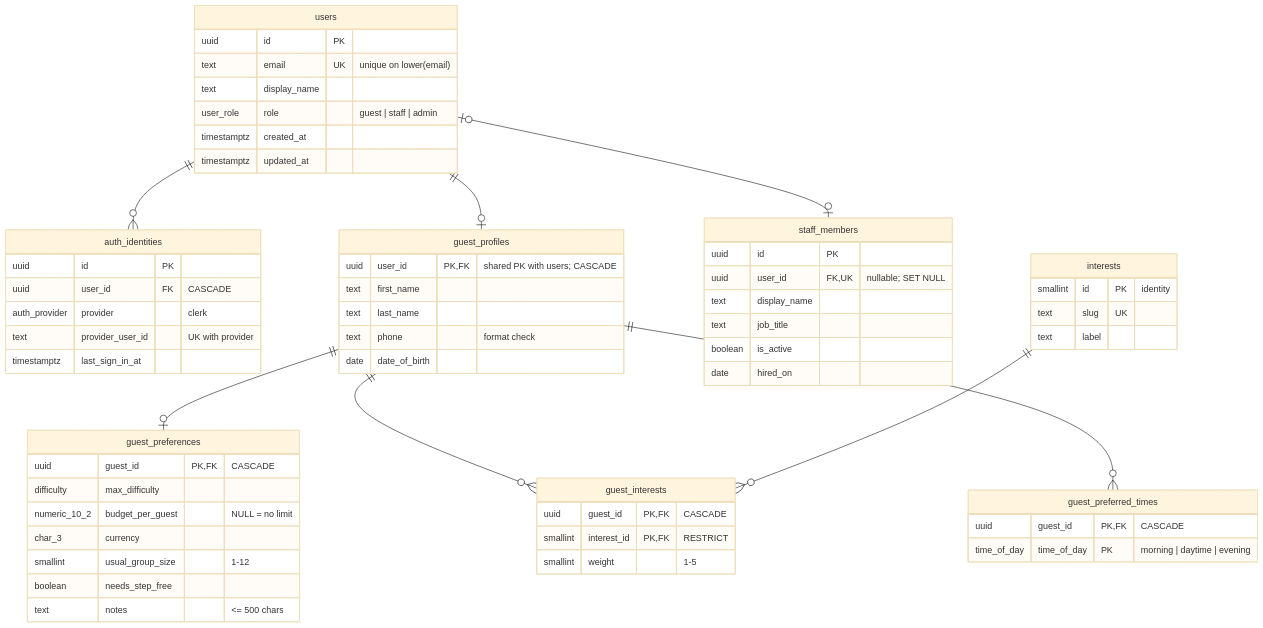
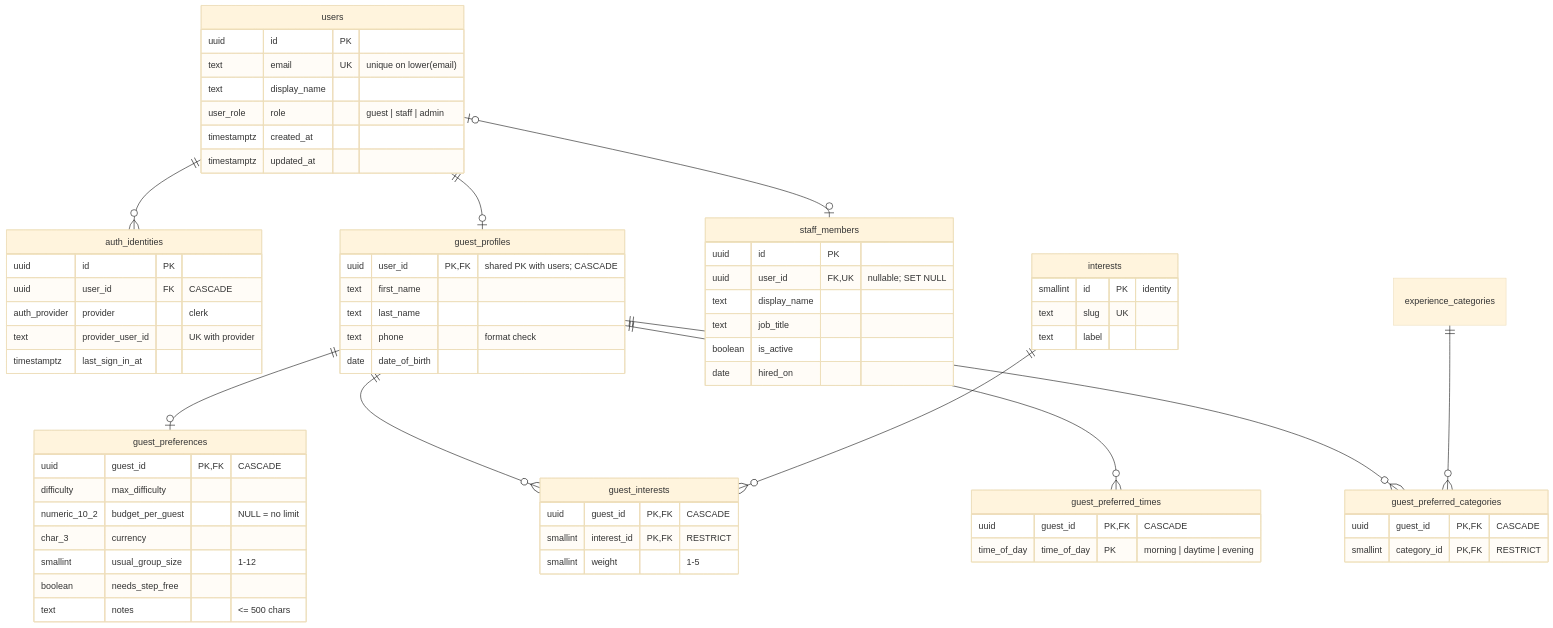
The second of 7 diagrams in docs/ERD.md (devi-1389/DBMS-Project), drawn with Mermaid (base theme) before and after one commit. The commit also changed other lines of this file and 66 other files, not shown here.

````diff
--- a/docs/ERD.md
+++ b/docs/ERD.md
@@ -60,63 +64,69 @@
 ```mermaid
 erDiagram
     users {
         uuid id PK
         text email UK "unique on lower(email)"
         text display_name
         user_role role "guest | staff | admin"
         timestamptz created_at
         timestamptz updated_at
     }
     auth_identities {
         uuid id PK
         uuid user_id FK "CASCADE"
         auth_provider provider "clerk"
         text provider_user_id "UK with provider"
         timestamptz last_sign_in_at
     }
     guest_profiles {
         uuid user_id PK,FK "shared PK with users; CASCADE"
         text first_name
         text last_name
         text phone "format check"
         date date_of_birth
     }
     staff_members {
         uuid id PK
         uuid user_id FK,UK "nullable; SET NULL"
         text display_name
         text job_title
         boolean is_active
         date hired_on
     }
     interests {
         smallint id PK "identity"
         text slug UK
         text label
     }
     guest_preferences {
         uuid guest_id PK,FK "CASCADE"
         difficulty max_difficulty
         numeric_10_2 budget_per_guest "NULL = no limit"
         char_3 currency
         smallint usual_group_size "1-12"
         boolean needs_step_free
         text notes "<= 500 chars"
     }
     guest_interests {
         uuid guest_id PK,FK "CASCADE"
         smallint interest_id PK,FK "RESTRICT"
         smallint weight "1-5"
     }
     guest_preferred_times {
         uuid guest_id PK,FK "CASCADE"
         time_of_day time_of_day PK "morning | daytime | evening"
     }
+    guest_preferred_categories {
+        uuid guest_id PK,FK "CASCADE"
+        smallint category_id PK,FK "RESTRICT"
+    }
     users ||--o{ auth_identities : ""
     users ||--o| guest_profiles : ""
     users |o--o| staff_members : ""
     guest_profiles ||--o| guest_preferences : ""
     guest_profiles ||--o{ guest_interests : ""
     interests ||--o{ guest_interests : ""
     guest_profiles ||--o{ guest_preferred_times : ""
+    guest_profiles ||--o{ guest_preferred_categories : ""
+    experience_categories ||--o{ guest_preferred_categories : ""
 ```
````
